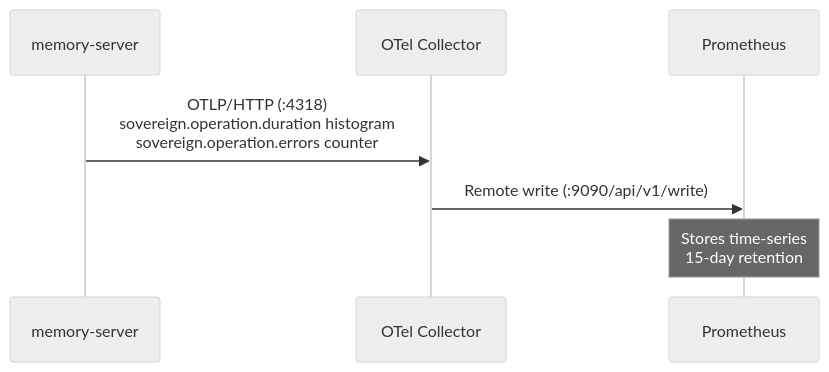
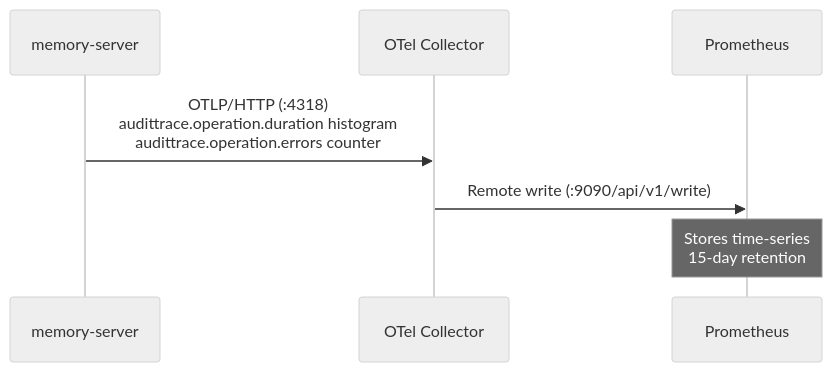
The first of 5 diagrams in docs/architecture/sequence-observability-flow.md (lfdesousa/AuditTrace-AI), drawn with Mermaid (neutral theme) before and after one commit. The commit also changed other lines of this file, not shown here.

````diff
--- a/docs/architecture/sequence-observability-flow.md
+++ b/docs/architecture/sequence-observability-flow.md
@@ -8,12 +8,12 @@
 ```mermaid
 sequenceDiagram
     participant App as memory-server
     participant Collector as OTel Collector
     participant Prom as Prometheus
 
-    App->>Collector: OTLP/HTTP (:4318)<br/>sovereign.operation.duration histogram<br/>sovereign.operation.errors counter
+    App->>Collector: OTLP/HTTP (:4318)<br/>audittrace.operation.duration histogram<br/>audittrace.operation.errors counter
 
     Collector->>Prom: Remote write (:9090/api/v1/write)
 
     Note over Prom: Stores time-series<br/>15-day retention
 ```
````
